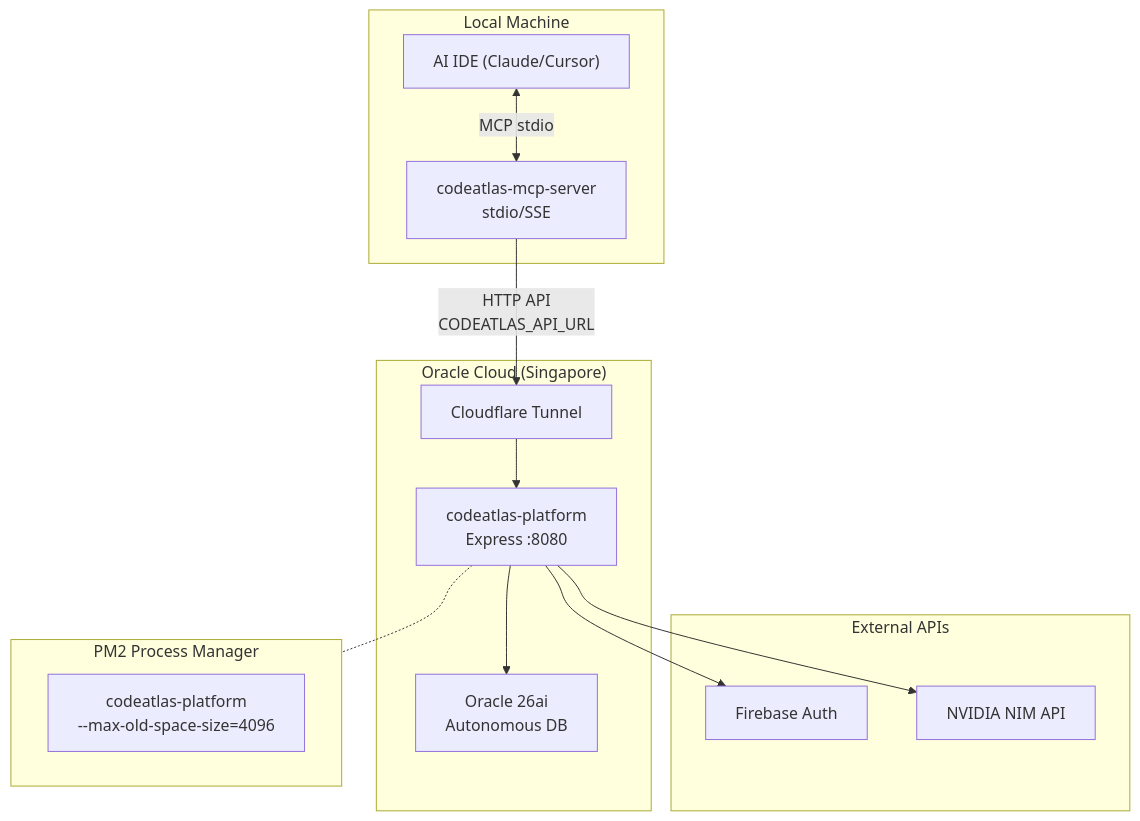
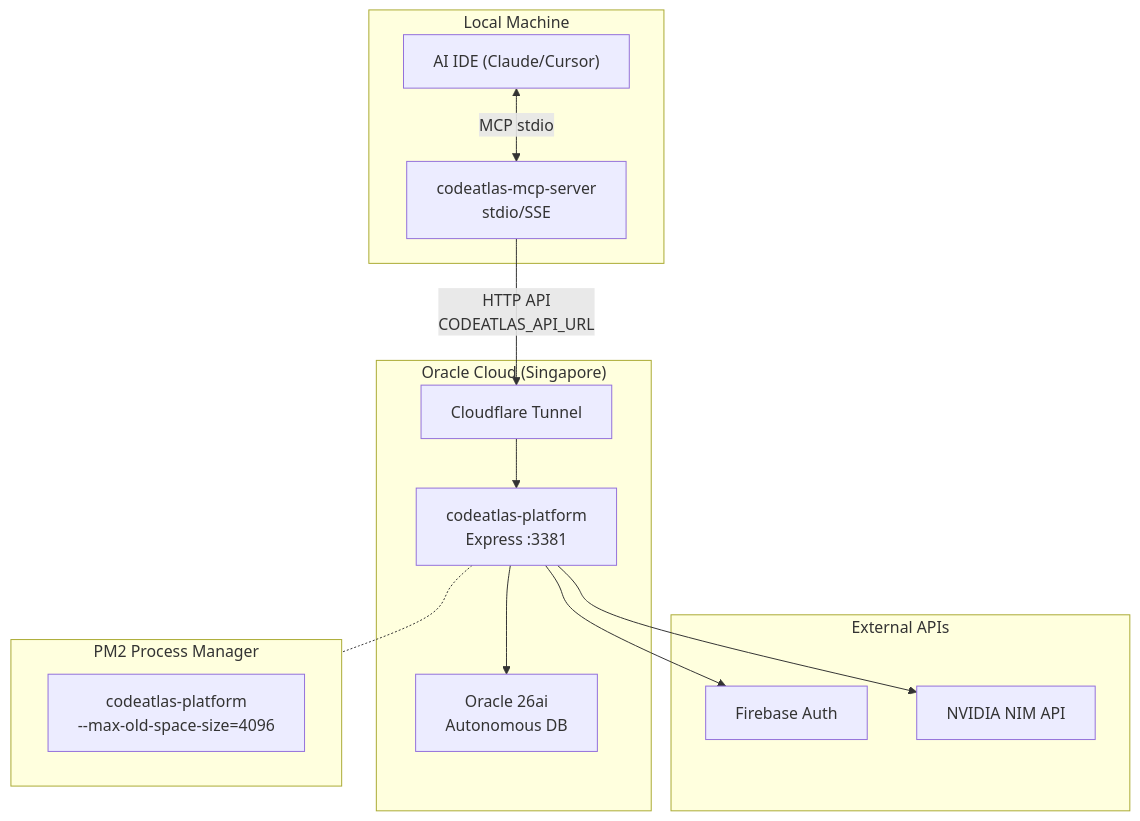
The diagram in docs/diagrams/deployment.mmd (giauphan/codeatlas-platform), drawn with Mermaid before and after one commit. The commit also changed 7 other files, not shown here.

```diff
--- a/docs/diagrams/deployment.mmd
+++ b/docs/diagrams/deployment.mmd
@@ -1,29 +1,29 @@
 flowchart TB
     subgraph Local["Local Machine"]
         MCPSrv["codeatlas-mcp-server<br/>stdio/SSE"]
         IDE["AI IDE (Claude/Cursor)"]
     end
 
     subgraph Cloud["Oracle Cloud (Singapore)"]
-        Platform["codeatlas-platform<br/>Express :8080"]
+        Platform["codeatlas-platform<br/>Express :3381"]
         OracleDB["Oracle 26ai<br/>Autonomous DB"]
         CF["Cloudflare Tunnel"]
     end
 
     subgraph External["External APIs"]
         FireBase["Firebase Auth"]
         NVIDIANIM["NVIDIA NIM API"]
     end
 
     IDE <-->|"MCP stdio"| MCPSrv
     MCPSrv -->|"HTTP API<br/>CODEATLAS_API_URL"| CF
     CF --> Platform
     Platform --> OracleDB
     Platform --> FireBase
     Platform --> NVIDIANIM
 
     subgraph PM2["PM2 Process Manager"]
         P1["codeatlas-platform<br/>--max-old-space-size=4096"]
     end
     
     Platform -.- PM2
```
